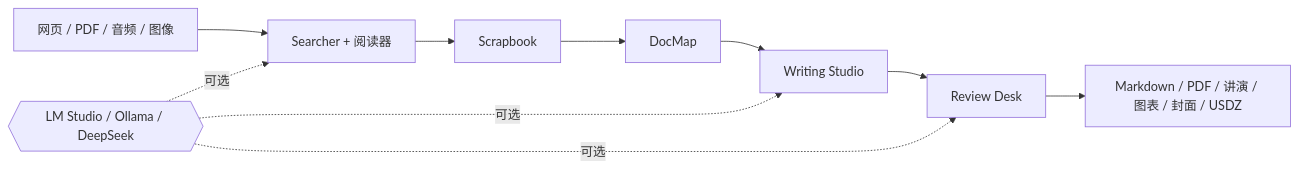
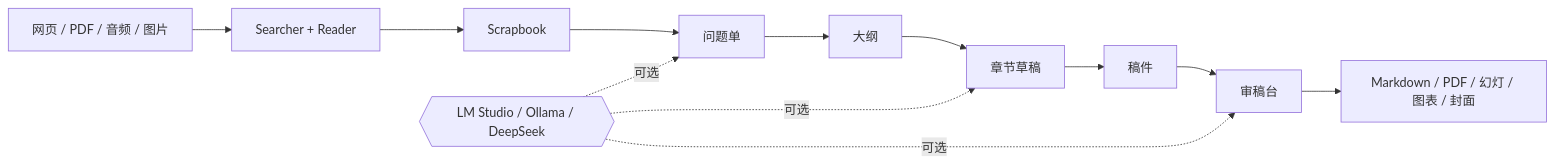
One commit to surfine/AI-System-6 changed the diagram in README.zh-CN.md. Above: the diagram before and after it, drawn with Mermaid. The commit also changed other lines of this file and 203 other files, not shown here.

````diff
--- a/README.zh-CN.md
+++ b/README.zh-CN.md
@@ -191,12 +129,14 @@
 ```mermaid
 flowchart LR
-    A["网页 / PDF / 音频 / 图像"] --> B["Searcher + 阅读器"]
+    A["网页 / PDF / 音频 / 图片"] --> B["Searcher + Reader"]
     B --> C["Scrapbook"]
-    C --> D["DocMap"]
-    D --> E["Writing Studio"]
-    E --> F["Review Desk"]
-    F --> G["Markdown / PDF / 讲演 / 图表 / 封面 / USDZ"]
-    M{{"LM Studio / Ollama / DeepSeek"}} -. "可选" .-> B
-    M -. "可选" .-> E
+    C --> D["问题单"]
+    D --> E["大纲"]
+    E --> F["章节草稿"]
+    F --> G["稿件"]
+    G --> H["审稿台"]
+    H --> I["Markdown / PDF / 幻灯 / 图表 / 封面"]
+    M{{"LM Studio / Ollama / DeepSeek"}} -. "可选" .-> D
     M -. "可选" .-> F
+    M -. "可选" .-> H
 ```
````
